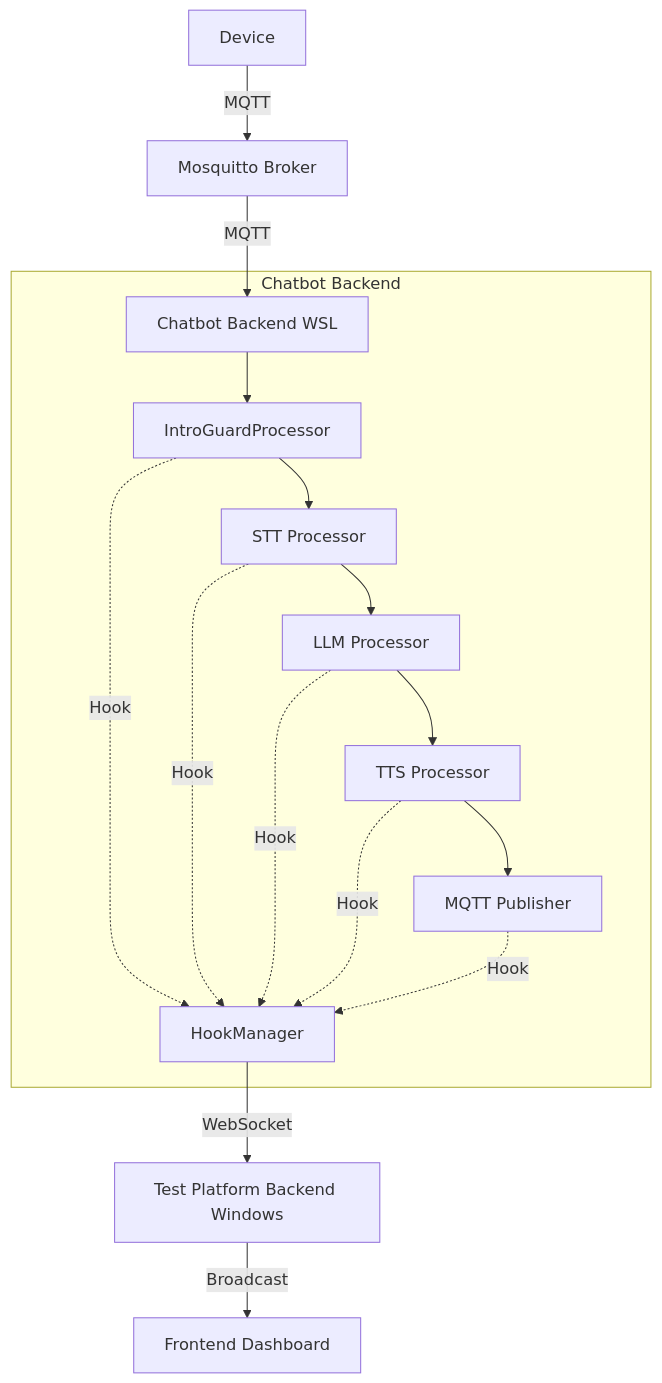
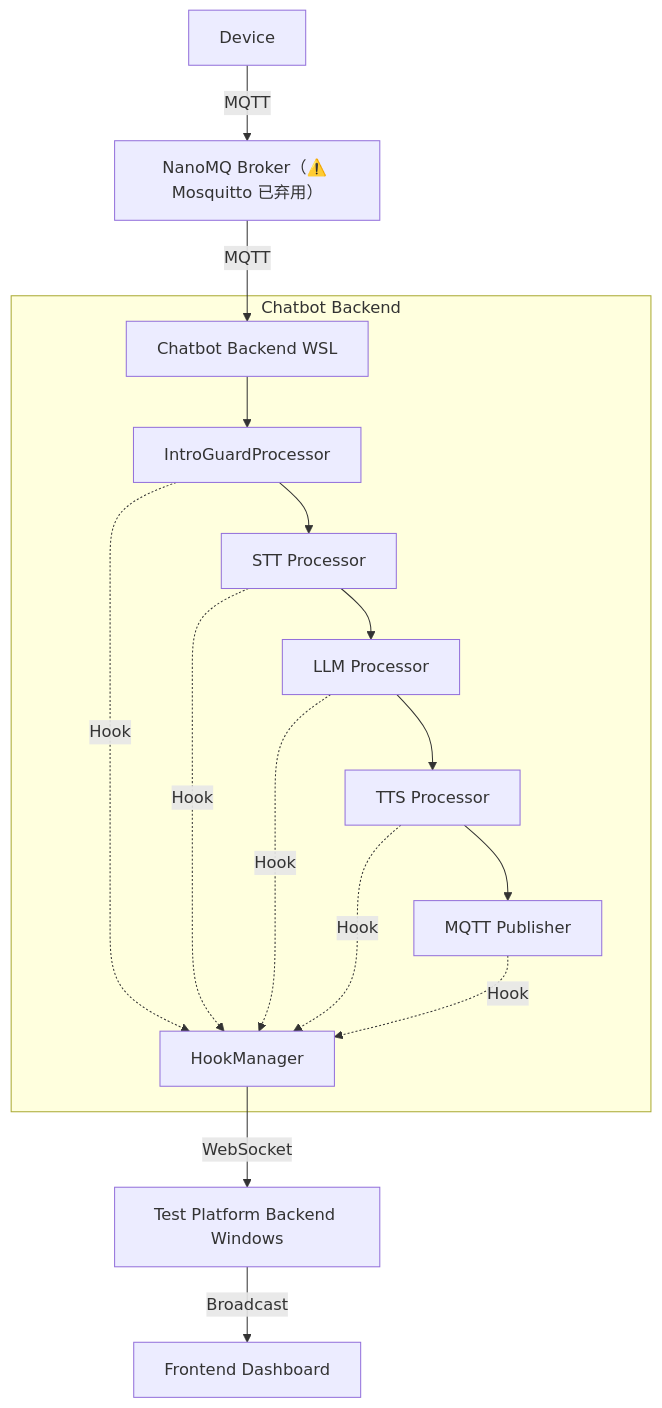
Before and after one commit to zebbingo/resonova: the diagram in docs/34-monitoring-status.md, drawn with Mermaid. The commit also changed 3 other files, not shown here.

````diff
--- a/docs/34-monitoring-status.md
+++ b/docs/34-monitoring-status.md
@@ -197,22 +197,22 @@
 ```mermaid
 graph TB
-    A[Device] -->|MQTT| B[Mosquitto Broker]
+    A[Device] -->|MQTT| B[NanoMQ Broker（⚠️ Mosquitto 已弃用）]
     B -->|MQTT| C[Chatbot Backend WSL]
     
     subgraph "Chatbot Backend"
         C --> D[IntroGuardProcessor]
         D --> E[STT Processor]
         E --> F[LLM Processor]
         F --> G[TTS Processor]
         G --> H[MQTT Publisher]
         
         D -.->|Hook| I[HookManager]
         E -.->|Hook| I
         F -.->|Hook| I
         G -.->|Hook| I
         H -.->|Hook| I
     end
     
     I -->|WebSocket| J[Test Platform Backend Windows]
     J -->|Broadcast| K[Frontend Dashboard]
 ```
````
